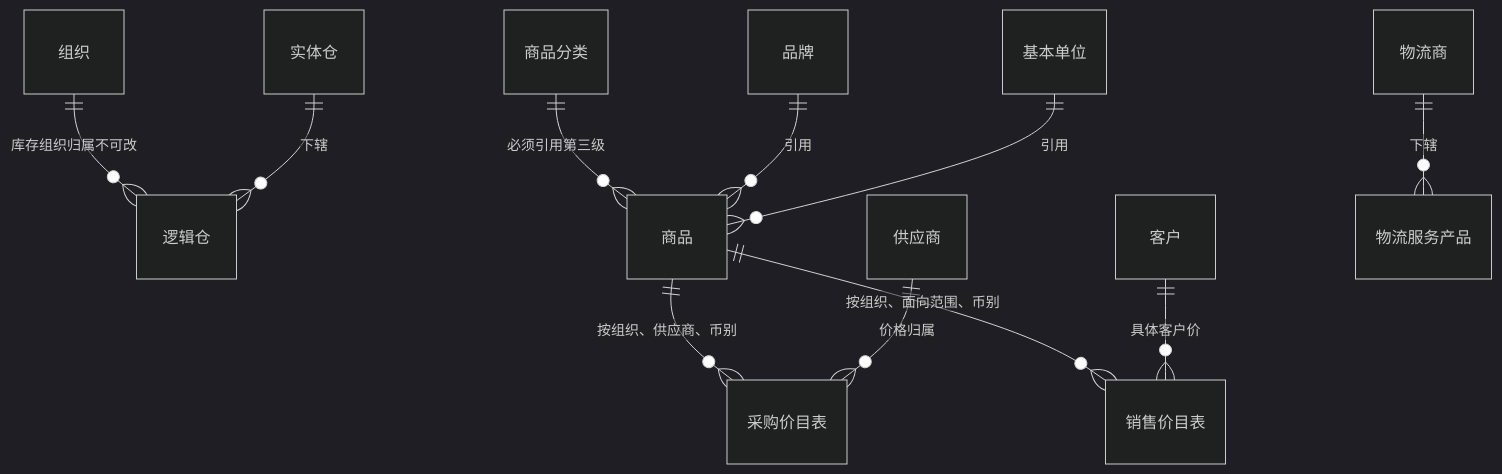
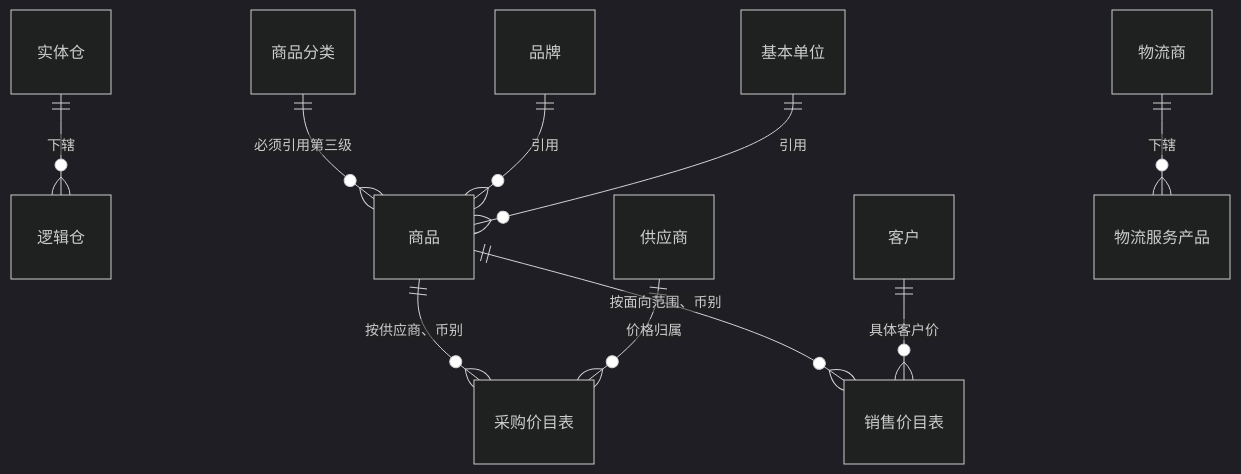
The first of 2 diagrams in 04-产品设计方案/20260812-ERP项目第一版框架搭建/系统架构和流程/02-实体对象关系.md (TopVitamin/QS-ERP-Project), drawn with Mermaid (dark theme) before and after one commit. The commit also changed other lines of this file and 46 other files, not shown here.

````diff
--- a/04-产品设计方案/20260812-ERP项目第一版框架搭建/系统架构和流程/02-实体对象关系.md
+++ b/04-产品设计方案/20260812-ERP项目第一版框架搭建/系统架构和流程/02-实体对象关系.md
@@ -35,13 +34,12 @@
 ```mermaid
 erDiagram
-    组织 ||--o{ 逻辑仓 : "库存组织归属不可改"
     实体仓 ||--o{ 逻辑仓 : "下辖"
     商品分类 ||--o{ 商品 : "必须引用第三级"
     品牌 ||--o{ 商品 : "引用"
     基本单位 ||--o{ 商品 : "引用"
-    商品 ||--o{ 采购价目表 : "按组织、供应商、币别"
+    商品 ||--o{ 采购价目表 : "按供应商、币别"
     供应商 ||--o{ 采购价目表 : "价格归属"
-    商品 ||--o{ 销售价目表 : "按组织、面向范围、币别"
+    商品 ||--o{ 销售价目表 : "按面向范围、币别"
     客户 ||--o{ 销售价目表 : "具体客户价"
     物流商 ||--o{ 物流服务产品 : "下辖"
 ```
````
